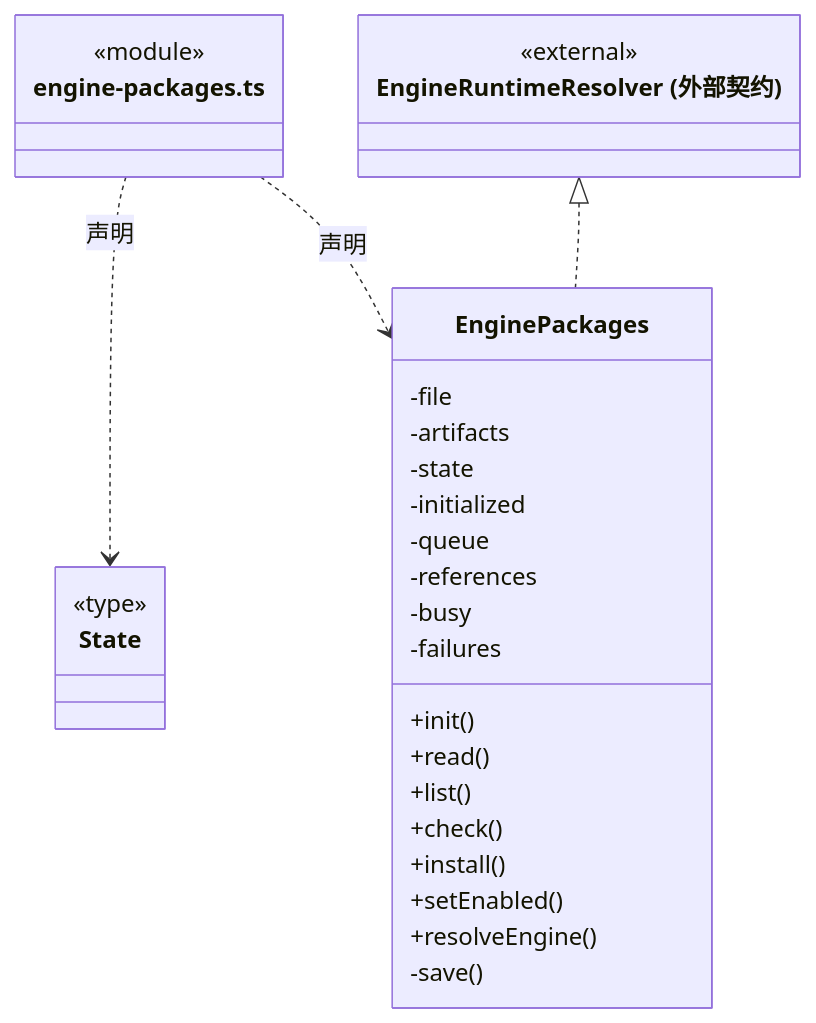
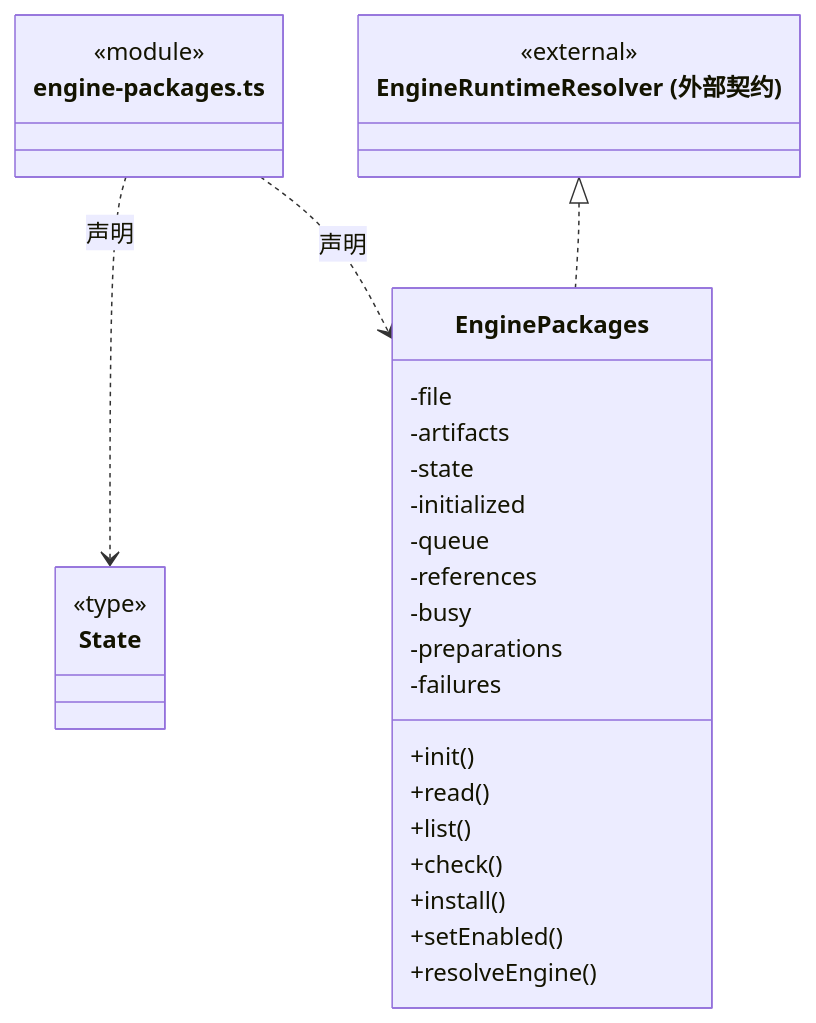
Before and after one commit to nan023062/cbim: the first of 4 diagrams in src/logic/engines/packages/ARCHITECTURE.md, drawn with Mermaid. The commit also changed other lines of this file and 27 other files, not shown here.

````diff
--- a/src/logic/engines/packages/ARCHITECTURE.md
+++ b/src/logic/engines/packages/ARCHITECTURE.md
@@ -22,34 +22,34 @@
 ```mermaid
 classDiagram
 class N_src_logic_engines_packages_engine_packages_ts["engine-packages.ts"] {
   <<module>>
 }
 class N_src_logic_engines_packages_engine_packages_ts_State["State"] {
   <<type>>
 
 }
 N_src_logic_engines_packages_engine_packages_ts ..> N_src_logic_engines_packages_engine_packages_ts_State : 声明
 class N_src_logic_engines_packages_engine_packages_ts_EnginePackages["EnginePackages"] {
   +init()
   +read()
   +list()
   +check()
   +install()
   +setEnabled()
   +resolveEngine()
   -file
   -artifacts
   -state
   -initialized
   -queue
   -references
   -busy
+  -preparations
   -failures
-  -save()
 }
 N_src_logic_engines_packages_engine_packages_ts ..> N_src_logic_engines_packages_engine_packages_ts_EnginePackages : 声明
 class N_src_logic_engines_packages_engine_packages_ts_external_EngineRuntimeResolver["EngineRuntimeResolver (外部契约)"] {
   <<external>>
 }
 N_src_logic_engines_packages_engine_packages_ts_external_EngineRuntimeResolver <|.. N_src_logic_engines_packages_engine_packages_ts_EnginePackages
 ```
````
